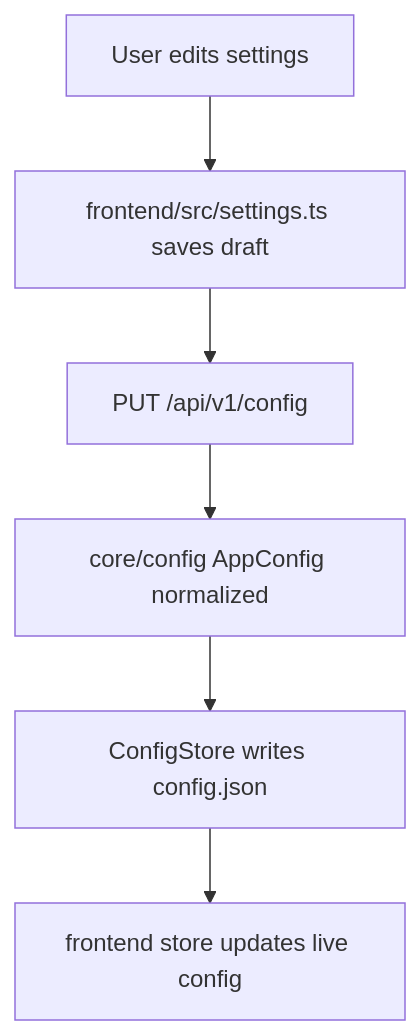
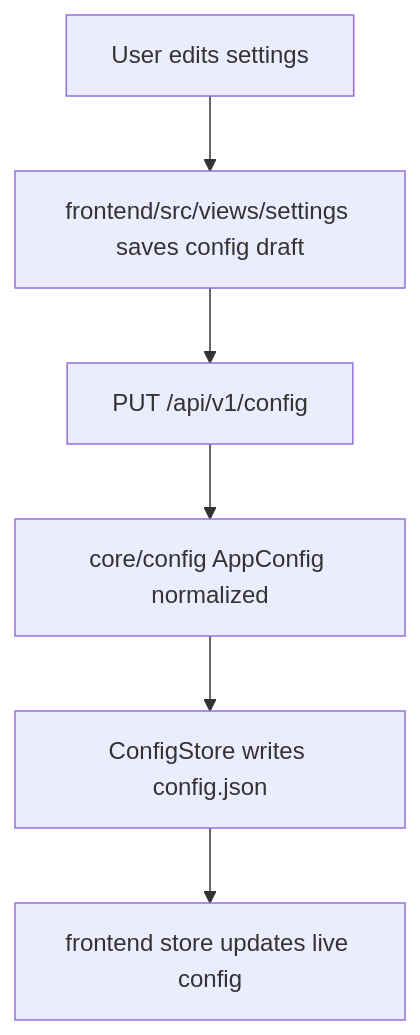
Before and after one commit to mateoltd/croopor: the sixth of 9 diagrams in docs/ARCHITECTURE.md, drawn with Mermaid. The commit also changed other lines of this file and 281 other files, not shown here.

````diff
--- a/docs/ARCHITECTURE.md
+++ b/docs/ARCHITECTURE.md
@@ -229,8 +244,8 @@
 ```mermaid
 flowchart TD
-    A[User edits settings] --> B[frontend/src/settings.ts saves draft]
+    A[User edits settings] --> B[frontend/src/views/settings saves config draft]
     B --> C[PUT /api/v1/config]
     C --> D[core/config AppConfig normalized]
     D --> E[ConfigStore writes config.json]
     E --> F[frontend store updates live config]
 ```
````
